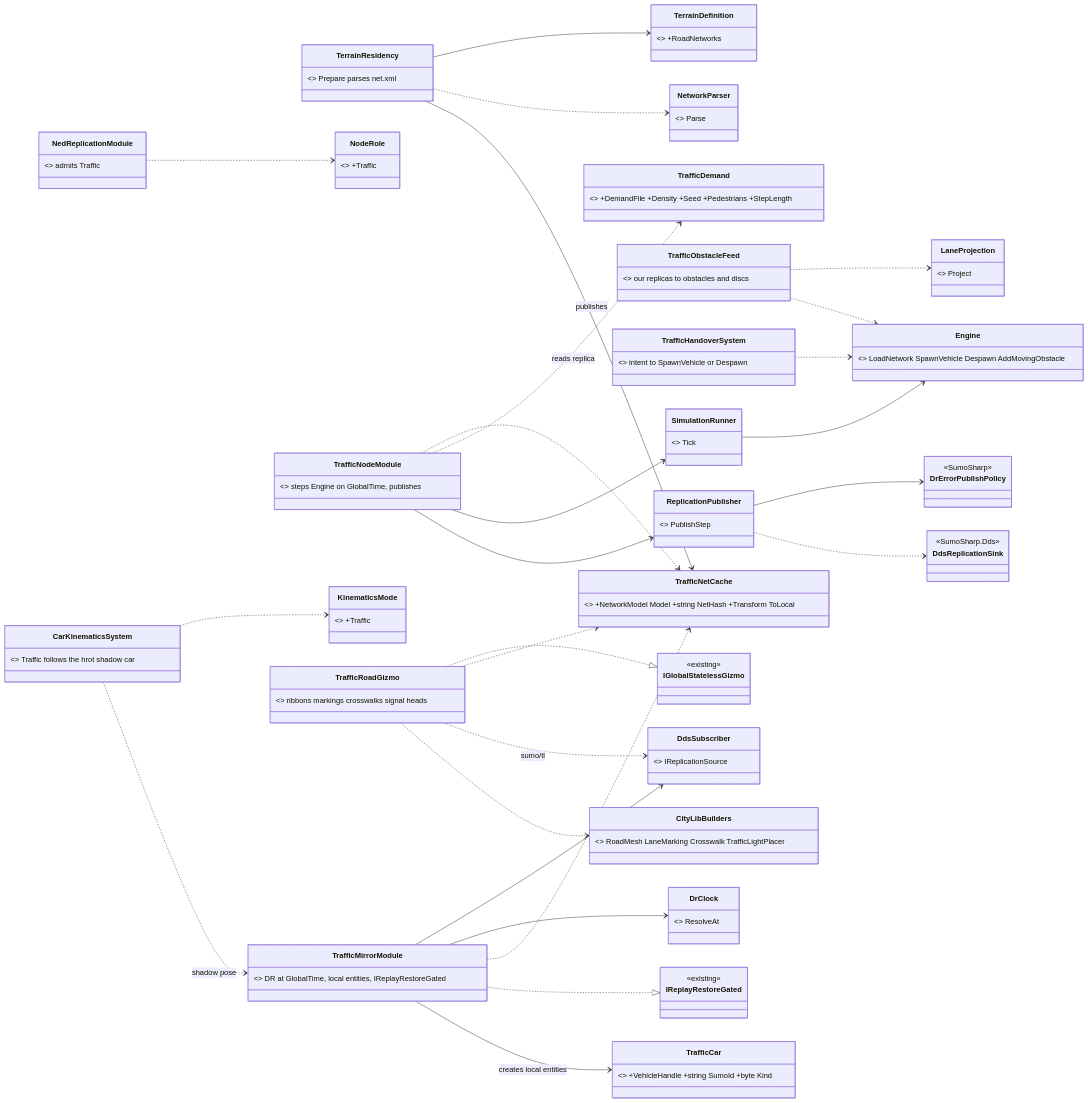
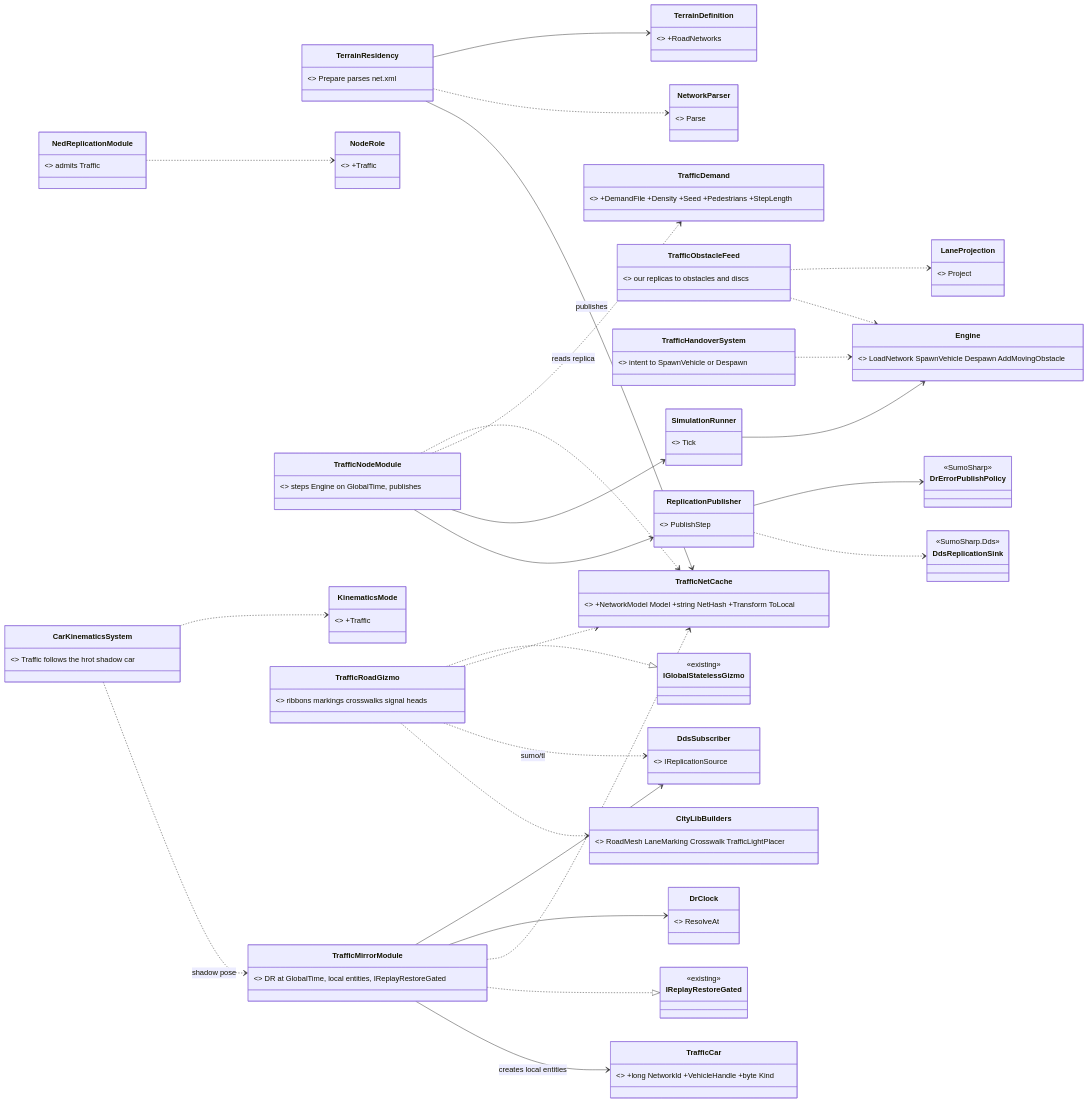
One commit to pjanec/HROT changed the first of 4 diagrams in docs/blueprints/Architect_Question_93_Sumo_Traffic_Node.md. Above: the diagram before and after it, drawn with Mermaid. The commit also changed other lines of this file and 1 other file, not shown here.

````diff
--- a/docs/blueprints/Architect_Question_93_Sumo_Traffic_Node.md
+++ b/docs/blueprints/Architect_Question_93_Sumo_Traffic_Node.md
@@ -89,55 +95,55 @@
 ```mermaid
 classDiagram
   direction LR
   class TerrainDefinition { <<existing>> +RoadNetworks }
   class TerrainResidency { <<existing, grows>> Prepare parses net.xml }
   class TrafficNetCache { <<NEW singleton>> +NetworkModel Model +string NetHash +Transform ToLocal }
   class TrafficDemand { <<NEW component, scenario entity>> +DemandFile +Density +Seed +Pedestrians +StepLength }
   class NodeRole { <<existing flags, grows>> +Traffic }
   class NedReplicationModule { <<existing, grows>> admits Traffic }
   class TrafficNodeModule { <<NEW, traffic node>> steps Engine on GlobalTime, publishes }
   class TrafficObstacleFeed { <<NEW, traffic node>> our replicas to obstacles and discs }
   class TrafficHandoverSystem { <<NEW, traffic node>> intent to SpawnVehicle or Despawn }
   class TrafficMirrorModule { <<NEW, every receiving node>> DR at GlobalTime, local entities, IReplayRestoreGated }
-  class TrafficCar { <<NEW component, local only>> +VehicleHandle +string SumoId +byte Kind }
+  class TrafficCar { <<NEW component, local only>> +long NetworkId +VehicleHandle +byte Kind }
   class TrafficRoadGizmo { <<NEW, map hosts>> ribbons markings crosswalks signal heads }
   class KinematicsMode { <<existing enum, grows>> +Traffic }
   class CarKinematicsSystem { <<existing, grows>> Traffic follows the hrot shadow car }
   class IReplayRestoreGated { <<existing>> }
   class IGlobalStatelessGizmo { <<existing>> }
   class Engine { <<SumoSharp>> LoadNetwork SpawnVehicle Despawn AddMovingObstacle }
   class SimulationRunner { <<SumoSharp>> Tick }
   class ReplicationPublisher { <<SumoSharp>> PublishStep }
   class DrErrorPublishPolicy { <<SumoSharp>> }
   class DdsReplicationSink { <<SumoSharp.Dds>> }
   class DdsSubscriber { <<SumoSharp.Dds>> IReplicationSource }
   class DrClock { <<SumoSharp>> ResolveAt }
   class NetworkParser { <<SumoSharp>> Parse }
   class LaneProjection { <<SumoSharp>> Project }
   class CityLibBuilders { <<SumoSharp demo, ported>> RoadMesh LaneMarking Crosswalk TrafficLightPlacer }
   TerrainResidency --> TerrainDefinition
   TerrainResidency ..> NetworkParser
   TerrainResidency --> TrafficNetCache : publishes
   TrafficNodeModule ..> TrafficNetCache
   TrafficNodeModule ..> TrafficDemand : reads replica
   TrafficNodeModule --> SimulationRunner
   SimulationRunner --> Engine
   TrafficNodeModule --> ReplicationPublisher
   ReplicationPublisher --> DrErrorPublishPolicy
   ReplicationPublisher ..> DdsReplicationSink
   TrafficObstacleFeed ..> LaneProjection
   TrafficObstacleFeed ..> Engine
   TrafficHandoverSystem ..> Engine
   TrafficMirrorModule --> DdsSubscriber
   TrafficMirrorModule --> DrClock
   TrafficMirrorModule ..> TrafficNetCache
   TrafficMirrorModule ..|> IReplayRestoreGated
   TrafficMirrorModule --> TrafficCar : creates local entities
   TrafficRoadGizmo ..|> IGlobalStatelessGizmo
   TrafficRoadGizmo ..> TrafficNetCache
   TrafficRoadGizmo ..> DdsSubscriber : sumo/tl
   TrafficRoadGizmo ..> CityLibBuilders
   CarKinematicsSystem ..> KinematicsMode
   CarKinematicsSystem ..> TrafficMirrorModule : shadow pose
   NedReplicationModule ..> NodeRole
 ```
````
